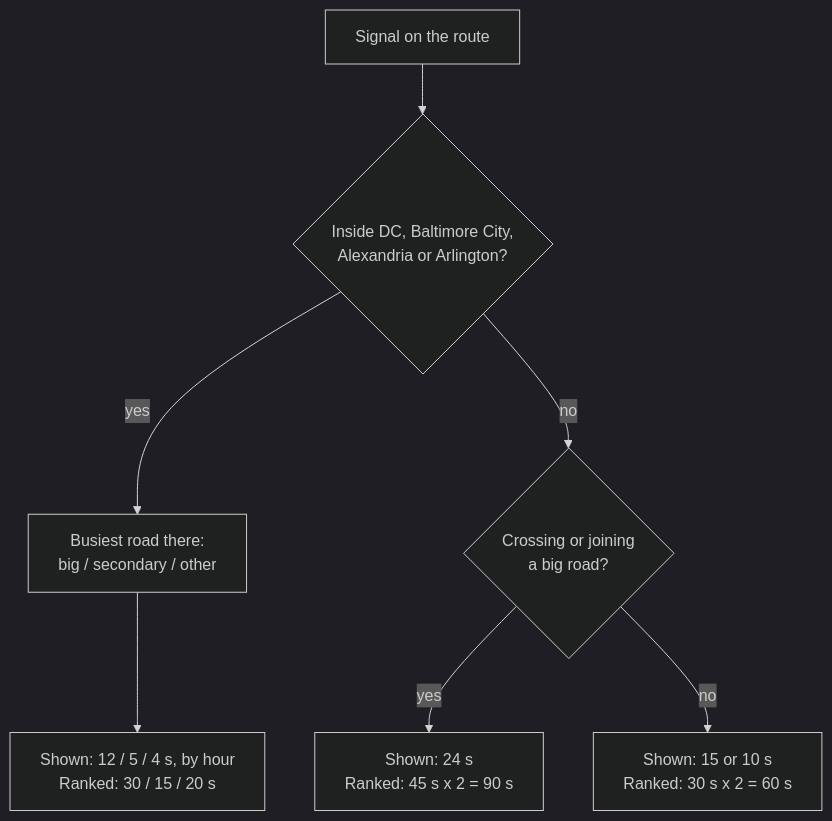
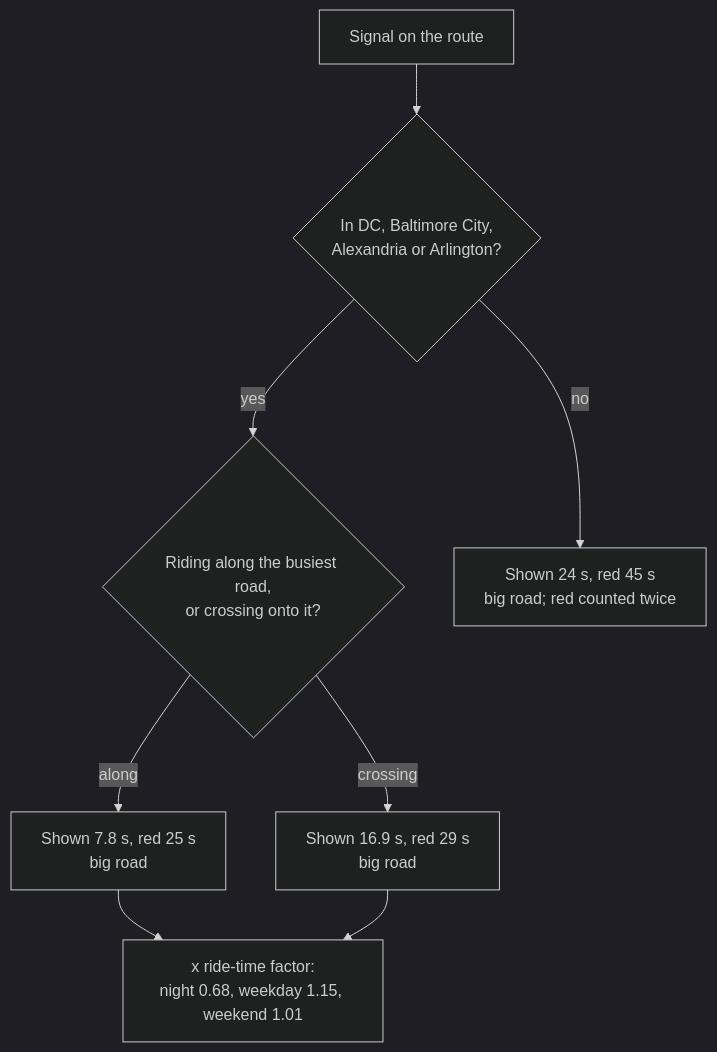
One commit to Macrophage87/RouteMaker changed the first of 5 diagrams in docs/stress/junction-waits.md. Above: the diagram before and after it, drawn with Mermaid (dark theme). The commit also changed other lines of this file, not shown here.

````diff
--- a/docs/stress/junction-waits.md
+++ b/docs/stress/junction-waits.md
@@ -34,9 +32,10 @@
 ```mermaid
 flowchart TD
-    A["Signal on the route"] --> B{"Inside DC, Baltimore City,<br/>Alexandria or Arlington?"}
-    B -- yes --> C["Busiest road there:<br/>big / secondary / other"]
-    C --> D["Shown: 12 / 5 / 4 s, by hour<br/>Ranked: 30 / 15 / 20 s"]
-    B -- no --> E{"Crossing or joining<br/>a big road?"}
-    E -- yes --> F["Shown: 24 s<br/>Ranked: 45 s x 2 = 90 s"]
-    E -- no --> G["Shown: 15 or 10 s<br/>Ranked: 30 s x 2 = 60 s"]
+  S[Signal on the route] --> C{In DC, Baltimore City,<br/>Alexandria or Arlington?}
+  C -->|yes| R{Riding along the busiest road,<br/>or crossing onto it?}
+  R -->|along| A[Shown 7.8 s, red 25 s<br/>big road]
+  R -->|crossing| X[Shown 16.9 s, red 29 s<br/>big road]
+  A --> H[x ride-time factor:<br/>night 0.68, weekday 1.15, weekend 1.01]
+  X --> H
+  C -->|no| U[Shown 24 s, red 45 s<br/>big road; red counted twice]
 ```
````
